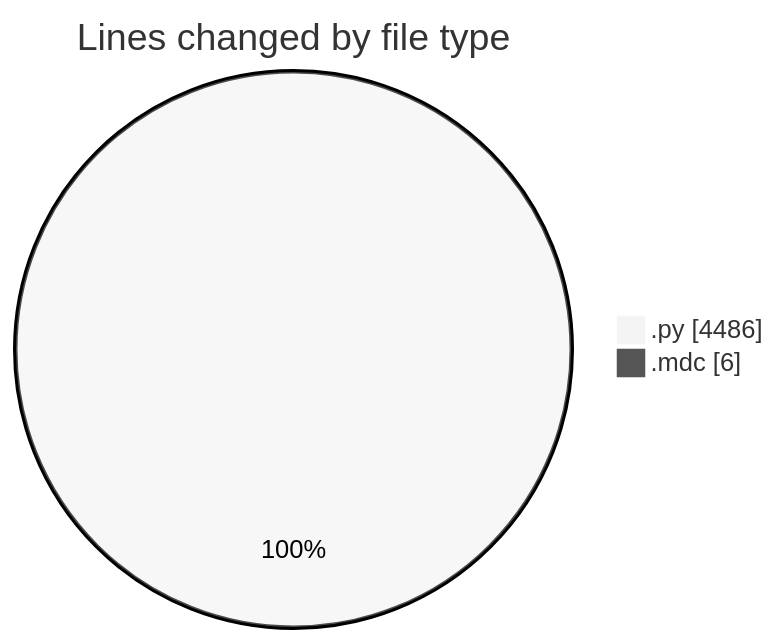
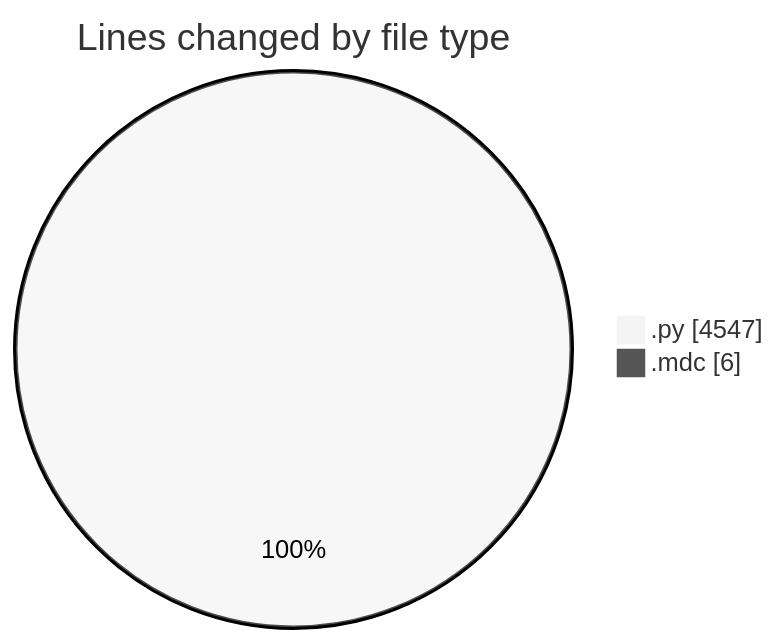
One commit to jrari/code-tracking changed the first of 2 diagrams in 2025-07-15/telebot/README.md. Above: the diagram before and after it, drawn with Mermaid (neutral theme). The commit also changed other lines of this file and 1 other file, not shown here.

````diff
--- a/2025-07-15/telebot/README.md
+++ b/2025-07-15/telebot/README.md
@@ -27,6 +27,6 @@
 ```mermaid
 pie showData
 title Lines changed by file type
-".py" : 4486
+".py" : 4547
 ".mdc" : 6
 ```
````
